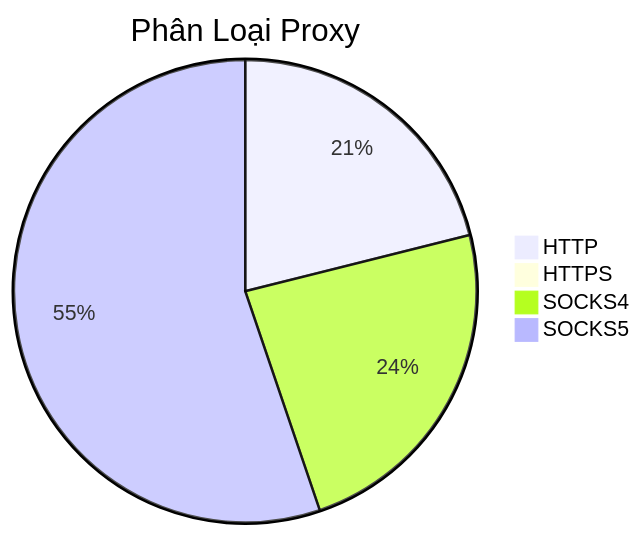
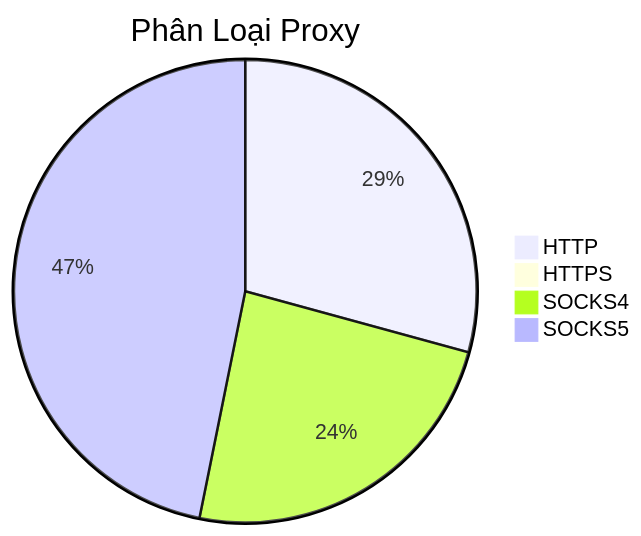
The diagram in README.md (Ciara-12/PROXY-free), drawn with Mermaid before and after one commit. The commit also changed other lines of this file and 4 other files, not shown here.

````diff
--- a/README.md
+++ b/README.md
@@ -26,7 +26,7 @@
 ```mermaid
 pie title Phân Loại Proxy
-    "HTTP" : 293
-    "HTTPS" : 2
-    "SOCKS4" : 329
-    "SOCKS5" : 767
+    "HTTP" : 401
+    "HTTPS" : 0
+    "SOCKS4" : 328
+    "SOCKS5" : 642
 ```
````
